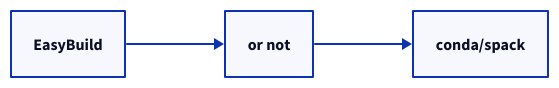
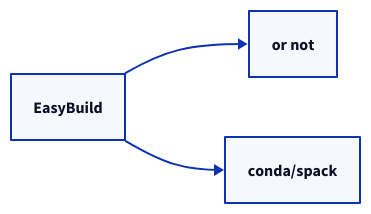
Before and after one commit to HaoZeke/what-easybuild-is-doing: the diagram in source/_static/diagrams/afterword-when-easybuild-is-the-wrong-tool.d2, drawn with D2. The commit also changed 15 other files, not shown here.

```diff
--- a/source/_static/diagrams/afterword-when-easybuild-is-the-wrong-tool.d2
+++ b/source/_static/diagrams/afterword-when-easybuild-is-the-wrong-tool.d2
@@ -1,6 +1,6 @@
 direction: right
 n0: "EasyBuild"
 n1: "or not"
 n2: "conda/spack"
 n0 -> n1
-n1 -> n2
+n0 -> n2
```
